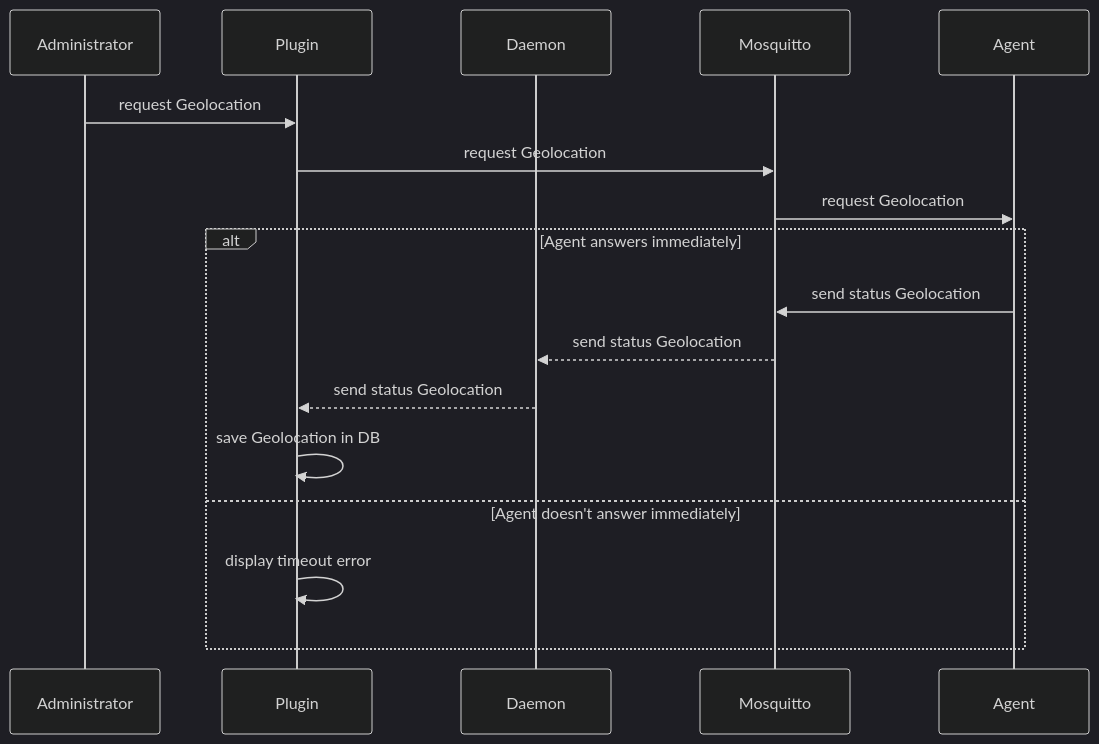
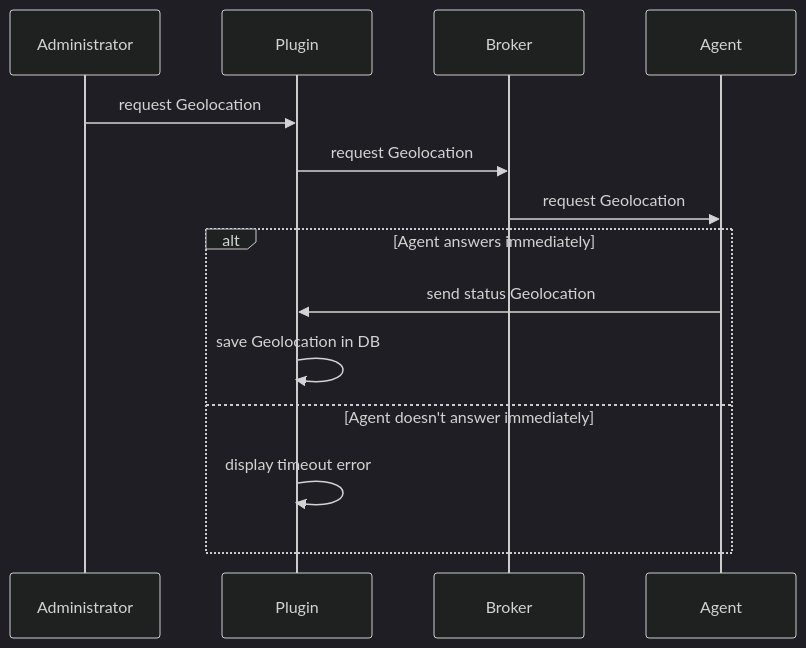
Before and after one commit to flyve-mdm/doc: the ninth of 14 diagrams in source/contribute/diagrams.rst, drawn with Mermaid (dark theme). The commit also changed other lines of this file, not shown here.

First line of the commit message:
docs(uml): add fcm diagrams

```diff
--- a/source/contribute/diagrams.rst
+++ b/source/contribute/diagrams.rst
@@ -145,19 +195,16 @@
 .. mermaid::
 
    sequenceDiagram
     participant A as Administrator
     participant P as Plugin
-    participant D as Daemon
-    participant M as Mosquitto
+    participant B as Broker
     participant Ag as Agent
     A->>P: request Geolocation
-    P->>M: request Geolocation
-    M->>Ag: request Geolocation
+    P->>B: request Geolocation
+    B->>Ag: request Geolocation
     alt Agent answers immediately 
-        Ag->>M: send status Geolocation
-        M-->>D: send status Geolocation
-        D-->>P: send status Geolocation
+        Ag->>P: send status Geolocation
         P->>P: save Geolocation in DB
     else Agent doesn't answer immediately
         P->>P: display timeout error
     end
```
